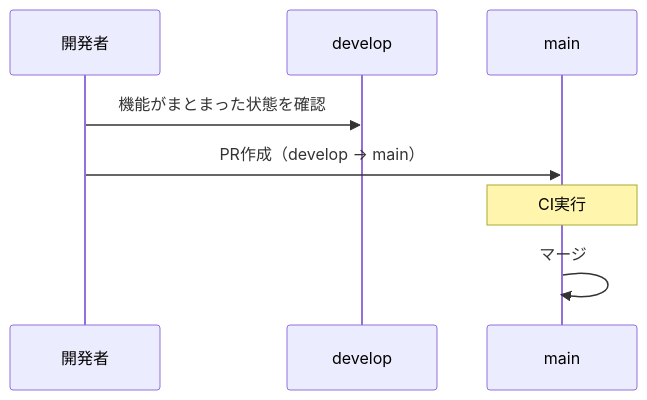
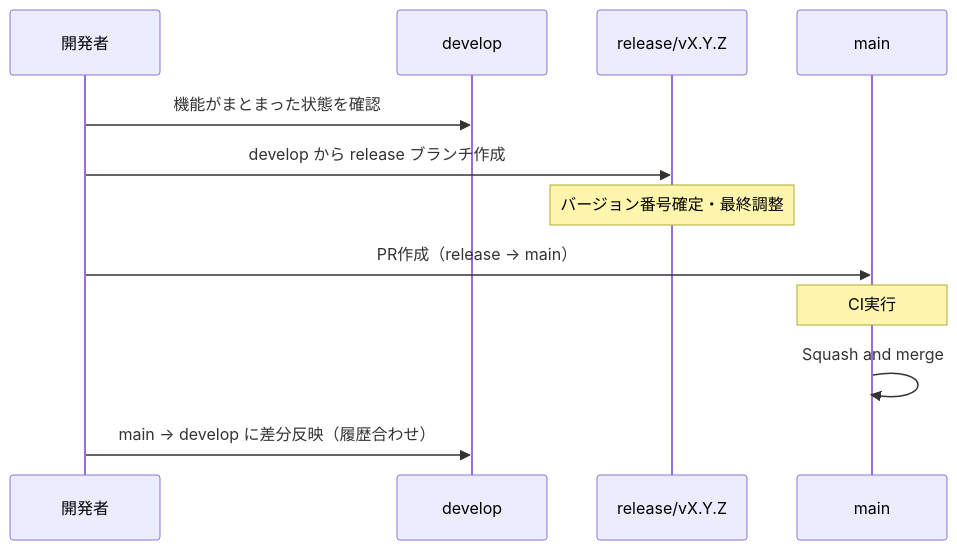
Before and after one commit to becky3/learning-companion: the third of 4 diagrams in docs/specs/git-flow.md, drawn with Mermaid. The commit also changed other lines of this file and 3 other files, not shown here.

First line of the commit message:
docs: git-flow にリリースブランチを導入 (#343)

````diff
--- a/docs/specs/git-flow.md
+++ b/docs/specs/git-flow.md
@@ -92,11 +91,15 @@
 ```mermaid
 sequenceDiagram
     participant Dev as 開発者
     participant Develop as develop
+    participant Release as release/vX.Y.Z
     participant Main as main
 
     Dev->>Develop: 機能がまとまった状態を確認
-    Dev->>Main: PR作成（develop → main）
+    Dev->>Release: develop から release ブランチ作成
+    Note over Release: バージョン番号確定・最終調整
+    Dev->>Main: PR作成（release → main）
     Note over Main: CI実行
-    Main->>Main: マージ
+    Main->>Main: Squash and merge
+    Dev->>Develop: main → develop に差分反映（履歴合わせ）
 ```
````
